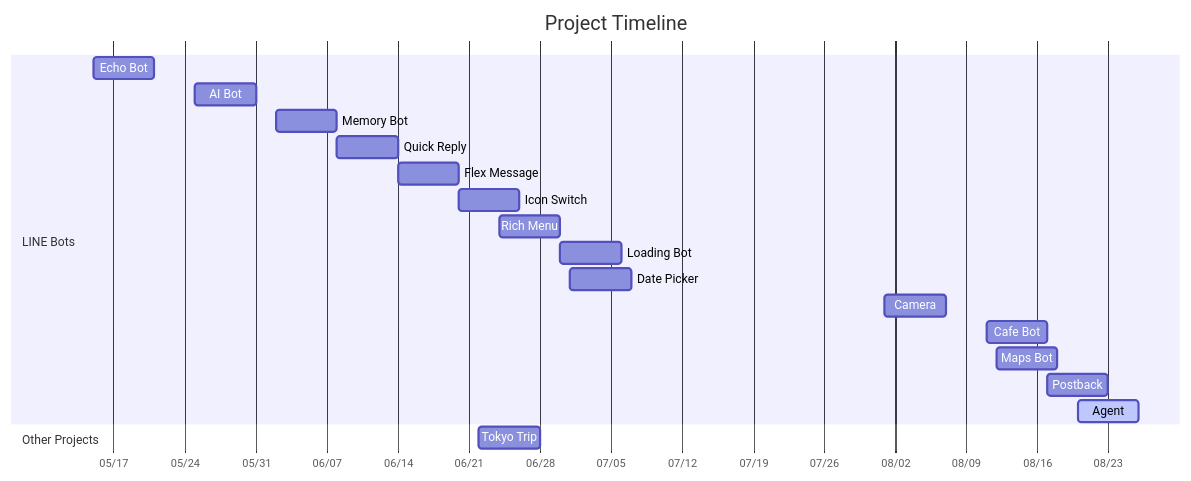
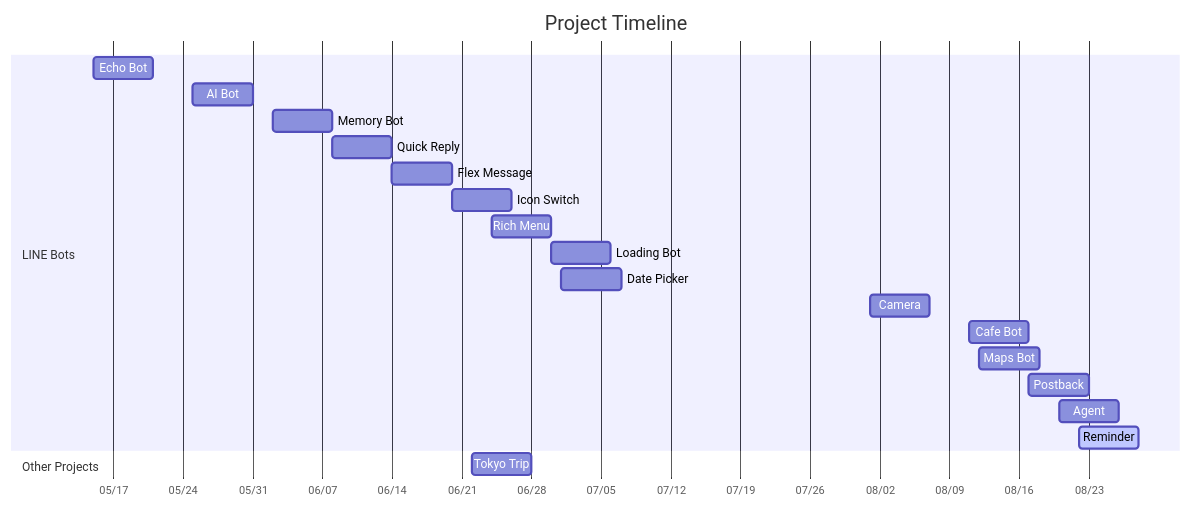
The diagram in README.md (zonawang/zona-ai-learning-lab), drawn with Mermaid before and after one commit. The commit also changed other lines of this file, not shown here.

Commit message:
Add Cafe Reminder Agent learning milestone

````diff
--- a/README.md
+++ b/README.md
@@ -11,25 +11,26 @@
 ```mermaid
 gantt
     title Project Timeline
     dateFormat YYYY-MM-DD
     axisFormat %m/%d
 
     section LINE Bots
     Echo Bot      :p1, 2026-05-15, 6d
     AI Bot        :p2, 2026-05-25, 6d
     Memory Bot    :p3, 2026-06-02, 6d
     Quick Reply   :p4, 2026-06-08, 6d
     Flex Message  :p5, 2026-06-14, 6d
     Icon Switch   :p6, 2026-06-20, 6d
     Rich Menu     :p8, 2026-06-24, 6d
     Loading Bot   :p9, 2026-06-30, 6d
     Date Picker   :p10, 2026-07-01, 6d
     Camera        :p11, 2026-08-01, 6d
     Cafe Bot      :p12, 2026-08-11, 6d
     Maps Bot      :p13, 2026-08-12, 6d
     Postback      :p14, 2026-08-17, 6d
-    Agent         :active, p15, 2026-08-20, 6d
+    Agent         :p15, 2026-08-20, 6d
+    Reminder      :active, p16, 2026-08-22, 6d
 
     section Other Projects
     Tokyo Trip    :p7, 2026-06-22, 6d
 ```
````
